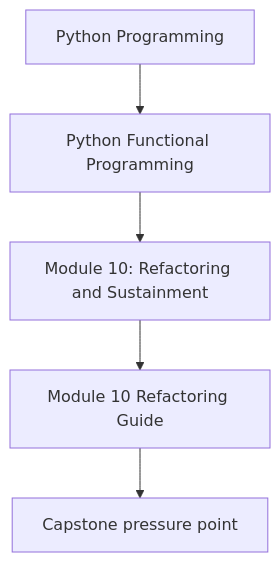
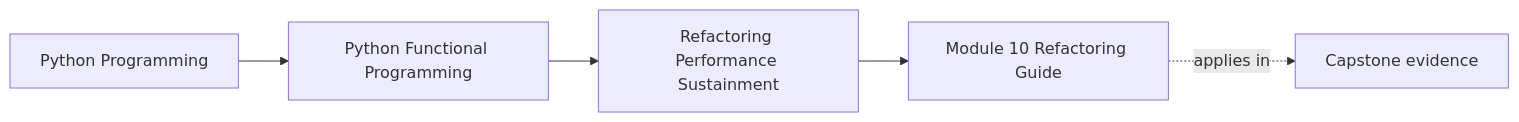
Before and after one commit to bijux/bijux-masterclass: the first of 2 diagrams in programs/python-programming/python-functional-programming/course-book/module-10-refactoring-performance-sustainment/refactoring-guide.md, drawn with Mermaid. The commit also changed other lines of this file and 108 other files, not shown here.

Commit message:
docs(python-functional-programming): map capstone and advanced design surfaces

````diff
--- a/programs/python-programming/python-functional-programming/course-book/module-10-refactoring-performance-sustainment/refactoring-guide.md
+++ b/programs/python-programming/python-functional-programming/course-book/module-10-refactoring-performance-sustainment/refactoring-guide.md
@@ -7,7 +7,11 @@
 ```mermaid
-flowchart TD
-  family["Python Programming"] --> program["Python Functional Programming"]
-  program --> module["Module 10: Refactoring and Sustainment"]
-  module --> concept["Module 10 Refactoring Guide"]
-  concept --> capstone["Capstone pressure point"]
+graph LR
+  family["Python Programming"]
+  program["Python Functional Programming"]
+  section["Refactoring Performance Sustainment"]
+  page["Module 10 Refactoring Guide"]
+  capstone["Capstone evidence"]
+
+  family --> program --> section --> page
+  page -.applies in.-> capstone
 ```
````
